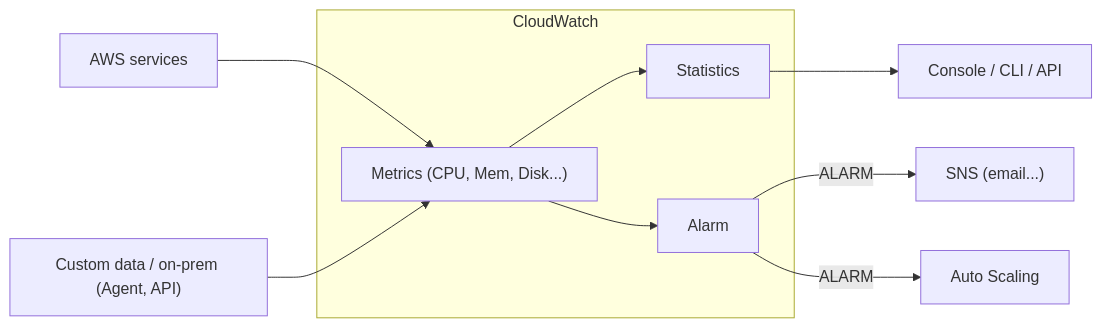
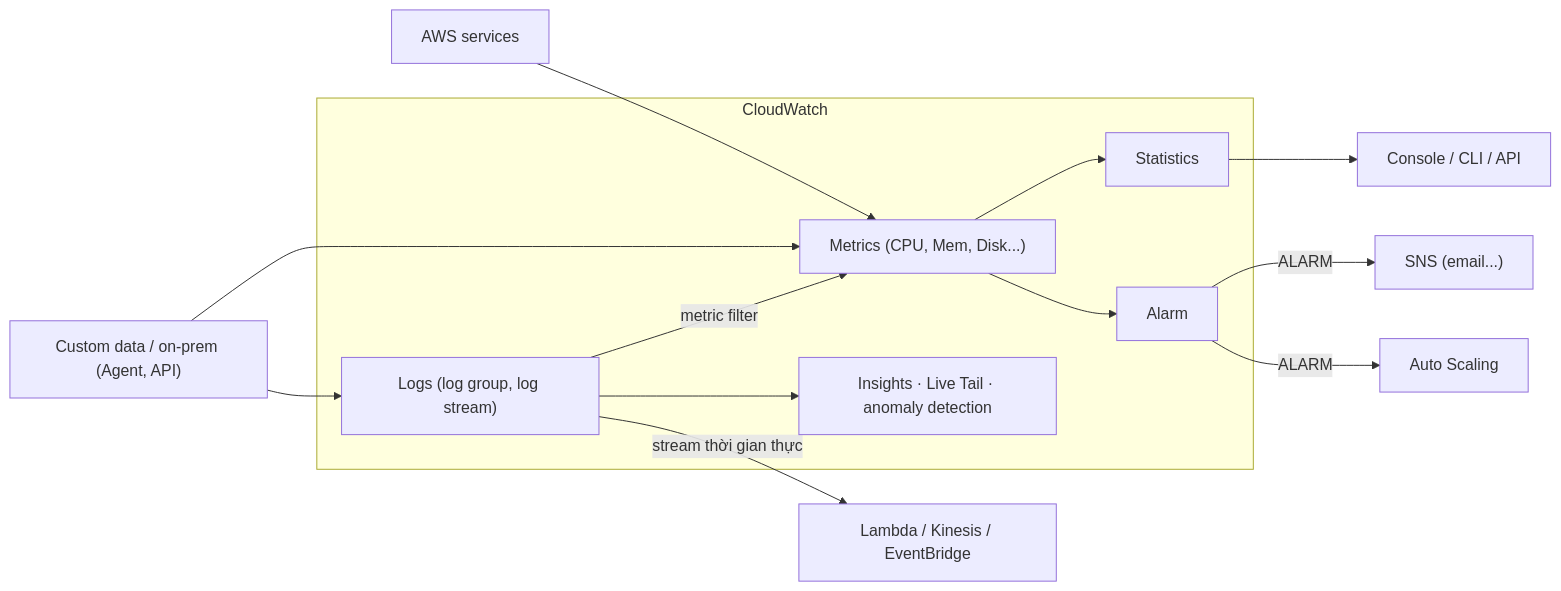
Before and after one commit to hairbui76/aws-saa-c03: the first of 2 diagrams in data/03 AWS Fundamentals/CloudWatch Basics.md, drawn with Mermaid. The commit also changed other lines of this file and 32 other files, not shown here.

````diff
--- a/data/03 AWS Fundamentals/CloudWatch Basics.md
+++ b/data/03 AWS Fundamentals/CloudWatch Basics.md
@@ -43,12 +54,16 @@
 ```mermaid
 flowchart LR
   A["AWS services"] --> M
   C["Custom data / on-prem (Agent, API)"] --> M
+  C --> LG
   subgraph CW["CloudWatch"]
     M["Metrics (CPU, Mem, Disk...)"] --> ST["Statistics"]
     M --> AL["Alarm"]
+    LG["Logs (log group, log stream)"] --> INS["Insights · Live Tail · anomaly detection"]
+    LG -->|"metric filter"| M
   end
   ST --> UI["Console / CLI / API"]
   AL -->|"ALARM"| SNS["SNS (email...)"]
   AL -->|"ALARM"| ASG["Auto Scaling"]
+  LG -->|"stream thời gian thực"| INT["Lambda / Kinesis / EventBridge"]
 ```
````
